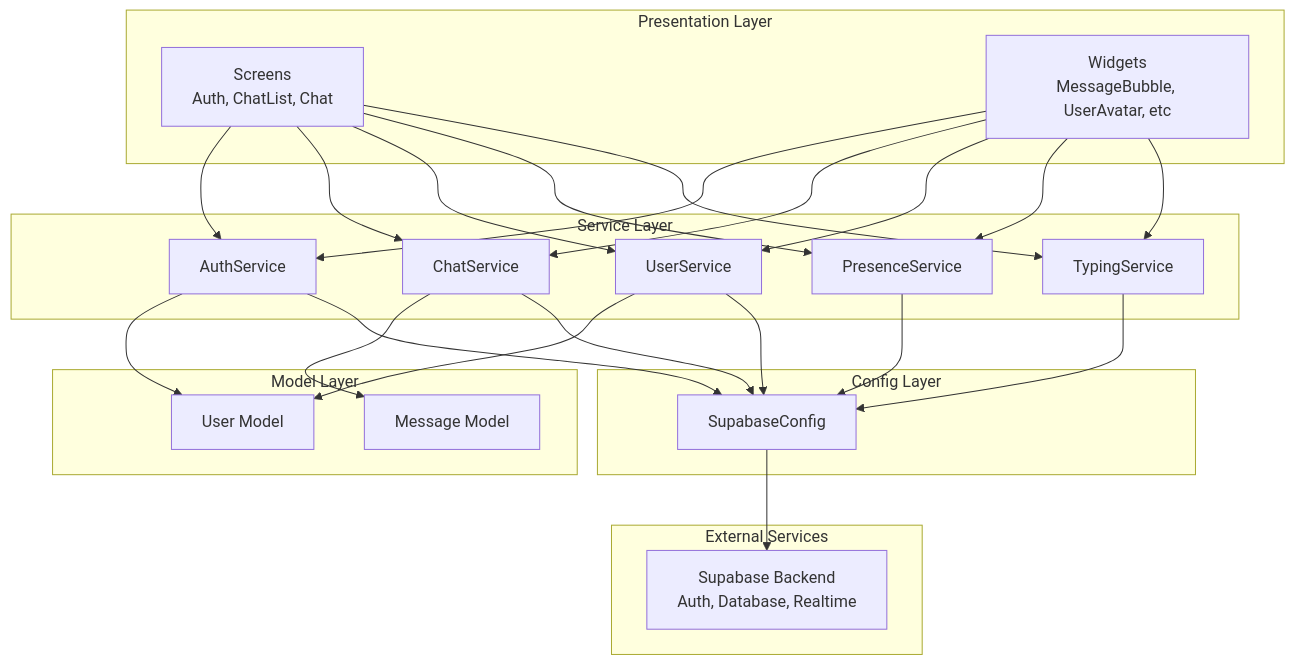
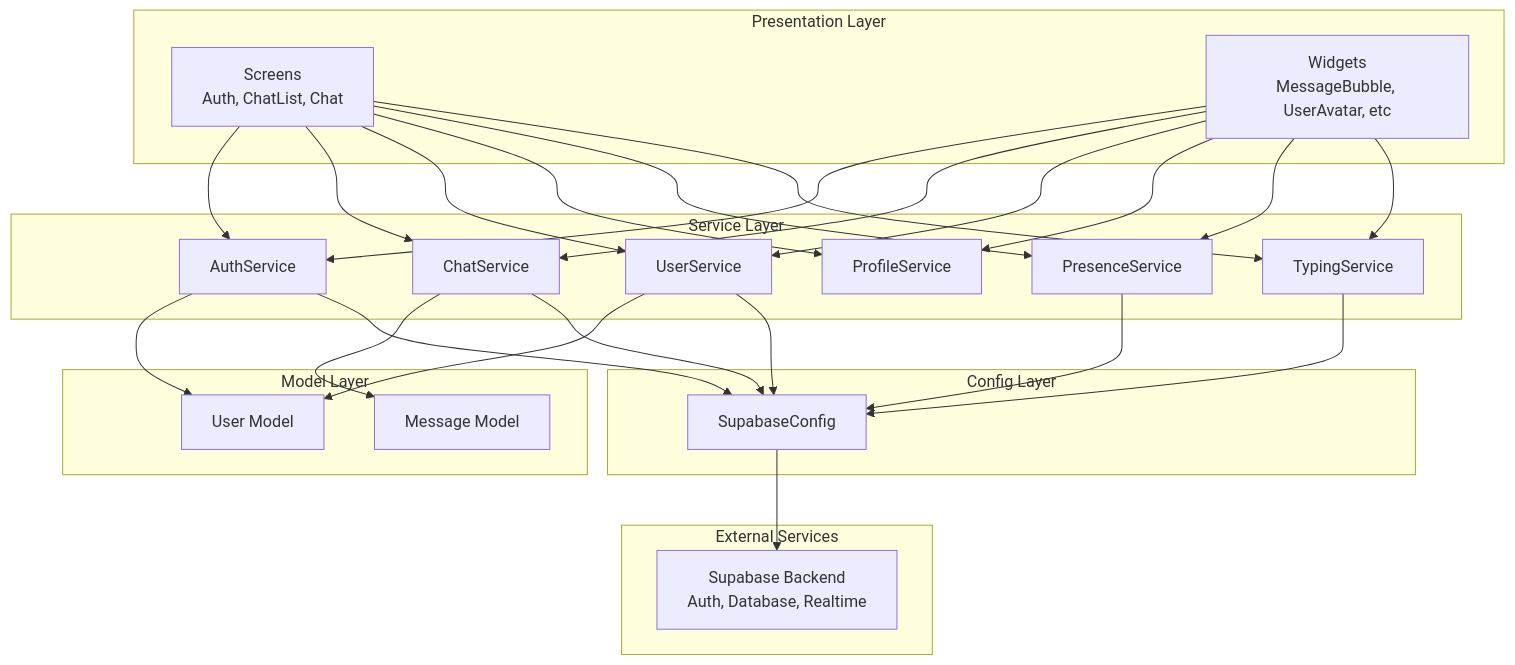
Before and after one commit to shoebsmk/Flutter-chat-claude: the second of 9 diagrams in chat_app/ARCHITECTURE.md, drawn with Mermaid. The commit also changed other lines of this file and 25 other files, not shown here.

````diff
--- a/chat_app/ARCHITECTURE.md
+++ b/chat_app/ARCHITECTURE.md
@@ -63,51 +64,54 @@
 ```mermaid
 graph TD
     subgraph "Presentation Layer"
         Screens[Screens<br/>Auth, ChatList, Chat]
         Widgets[Widgets<br/>MessageBubble, UserAvatar, etc]
     end
     
     subgraph "Service Layer"
         AuthService[AuthService]
         ChatService[ChatService]
         UserService[UserService]
+        ProfileService[ProfileService]
         PresenceService[PresenceService]
         TypingService[TypingService]
     end
     
     subgraph "Model Layer"
         UserModel[User Model]
         MessageModel[Message Model]
     end
     
     subgraph "Config Layer"
         SupabaseConfig[SupabaseConfig]
     end
     
     subgraph "External Services"
         SupabaseBackend[Supabase Backend<br/>Auth, Database, Realtime]
     end
     
     Screens --> AuthService
     Screens --> ChatService
     Screens --> UserService
+    Screens --> ProfileService
     Screens --> PresenceService
     Screens --> TypingService
     Widgets --> AuthService
     Widgets --> ChatService
     Widgets --> UserService
+    Widgets --> ProfileService
     Widgets --> PresenceService
     Widgets --> TypingService
     
     AuthService --> UserModel
     ChatService --> MessageModel
     UserService --> UserModel
     
     AuthService --> SupabaseConfig
     ChatService --> SupabaseConfig
     UserService --> SupabaseConfig
     PresenceService --> SupabaseConfig
     TypingService --> SupabaseConfig
     
     SupabaseConfig --> SupabaseBackend
 ```
````
